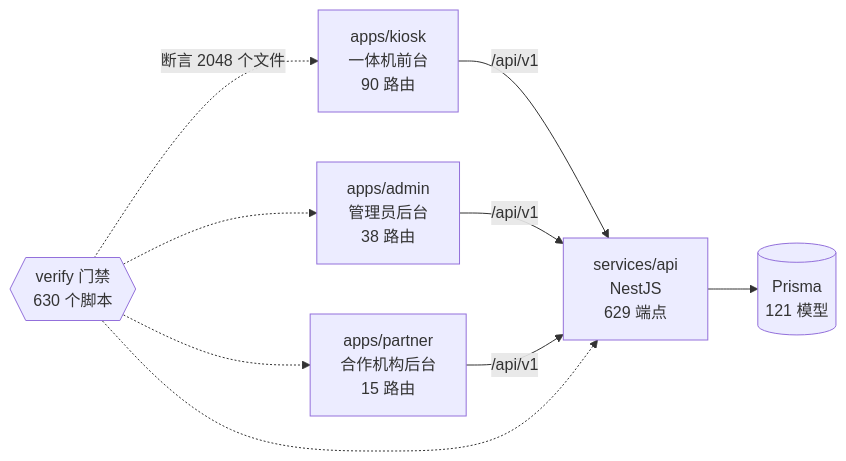
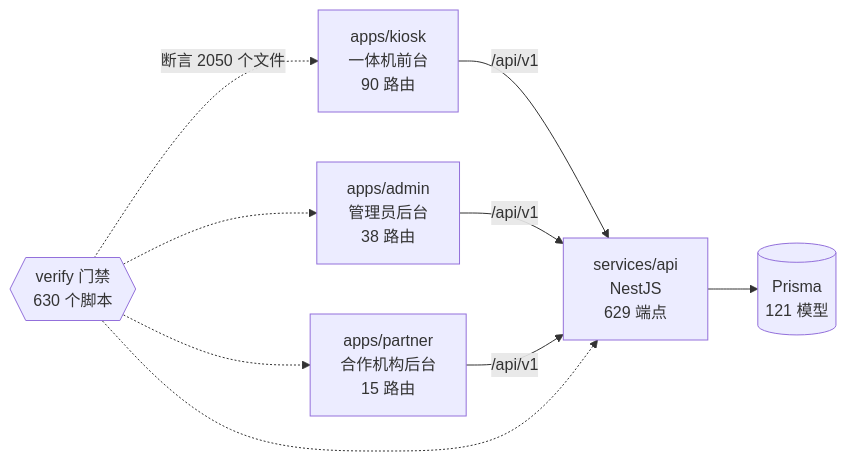
One commit to wanglei581/YITIJI changed the diagram in docs/graph/README.md. Above: the diagram before and after it, drawn with Mermaid. The commit also changed other lines of this file and 8 other files, not shown here.

````diff
--- a/docs/graph/README.md
+++ b/docs/graph/README.md
@@ -68,18 +68,18 @@
 ```mermaid
 flowchart LR
   kiosk["apps/kiosk<br/>一体机前台<br/>90 路由"]
   admin["apps/admin<br/>管理员后台<br/>38 路由"]
   partner["apps/partner<br/>合作机构后台<br/>15 路由"]
   api["services/api<br/>NestJS<br/>629 端点"]
   db[("Prisma<br/>121 模型")]
   gates{{"verify 门禁<br/>630 个脚本"}}
 
   kiosk -->|"/api/v1"| api
   admin -->|"/api/v1"| api
   partner -->|"/api/v1"| api
   api --> db
-  gates -.->|"断言 2048 个文件"| kiosk
+  gates -.->|"断言 2050 个文件"| kiosk
   gates -.-> admin
   gates -.-> partner
   gates -.-> api
 ```
````
